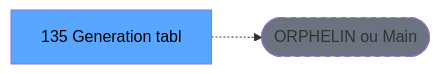
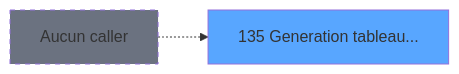
The second of 3 diagrams in .openspec/specs/ADH-IDE-135.md (thonyAGP/magic-migration), drawn with Mermaid before and after one commit. The commit also changed other lines of this file and 311 other files, not shown here.

````diff
--- a/.openspec/specs/ADH-IDE-135.md
+++ b/.openspec/specs/ADH-IDE-135.md
@@ -122,8 +293,8 @@
 ```mermaid
 graph LR
-    T[135 Generation tabl]
-    ORPHAN([ORPHELIN ou Main])
-    T -.-> ORPHAN
-    style T fill:#58a6ff,color:#000
-    style ORPHAN fill:#6b7280,stroke-dasharray: 5 5
+    T135[135 Generation tableau...]
+    style T135 fill:#58a6ff
+    NONE[Aucun caller]
+    NONE -.-> T135
+    style NONE fill:#6b7280,stroke-dasharray: 5 5
 ```
````
